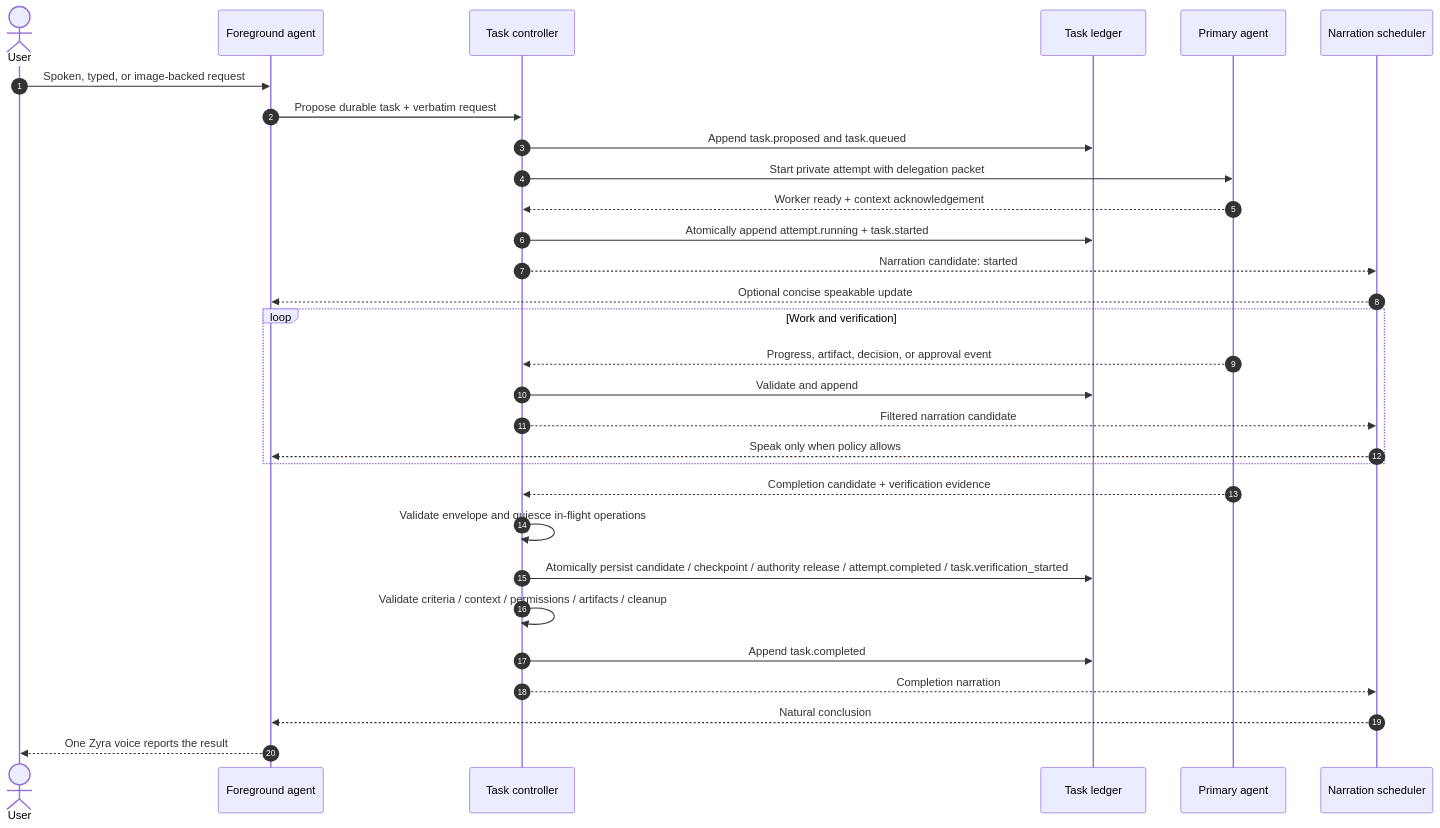
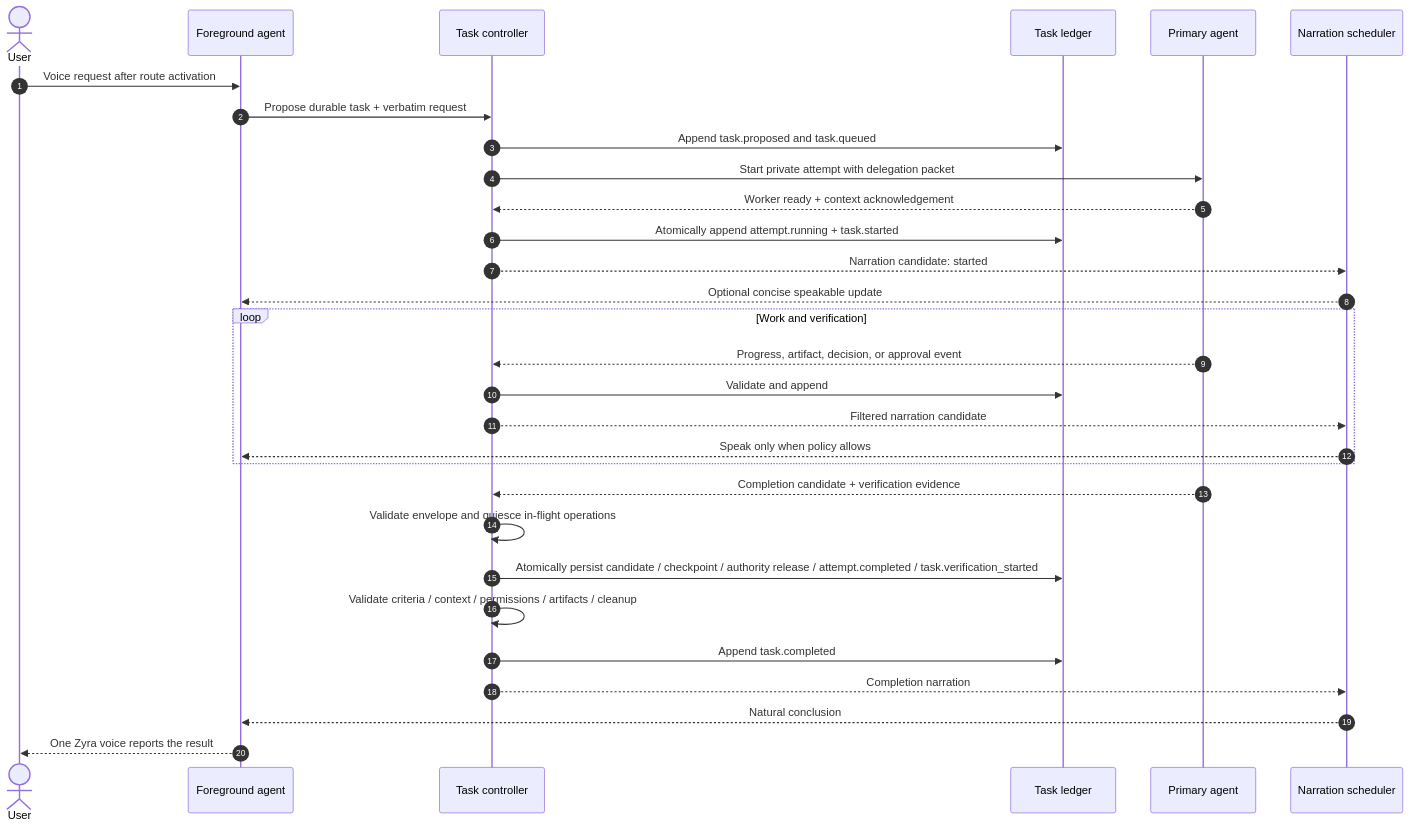
The fourth of 4 diagrams in docs/architecture/voice-agent/system-architecture.md (elsondev2/zyra), drawn with Mermaid before and after one commit. The commit also changed other lines of this file and 42 other files, not shown here.

````diff
--- a/docs/architecture/voice-agent/system-architecture.md
+++ b/docs/architecture/voice-agent/system-architecture.md
@@ -260,35 +321,35 @@
 ```mermaid
 sequenceDiagram
     autonumber
     actor U as User
     participant F as Foreground agent
     participant C as Task controller
     participant L as Task ledger
     participant P as Primary agent
     participant N as Narration scheduler
 
-    U->>F: Spoken, typed, or image-backed request
+    U->>F: Voice request after route activation
     F->>C: Propose durable task + verbatim request
     C->>L: Append task.proposed and task.queued
     C->>P: Start private attempt with delegation packet
     P-->>C: Worker ready + context acknowledgement
     C->>L: Atomically append attempt.running + task.started
     C-->>N: Narration candidate: started
     N-->>F: Optional concise speakable update
 
     loop Work and verification
         P-->>C: Progress, artifact, decision, or approval event
         C->>L: Validate and append
         C-->>N: Filtered narration candidate
         N-->>F: Speak only when policy allows
     end
 
     P-->>C: Completion candidate + verification evidence
     C->>C: Validate envelope and quiesce in-flight operations
     C->>L: Atomically persist candidate / checkpoint / authority release / attempt.completed / task.verification_started
     C->>C: Validate criteria / context / permissions / artifacts / cleanup
     C->>L: Append task.completed
     C-->>N: Completion narration
     N-->>F: Natural conclusion
     F-->>U: One Zyra voice reports the result
 ```
````
